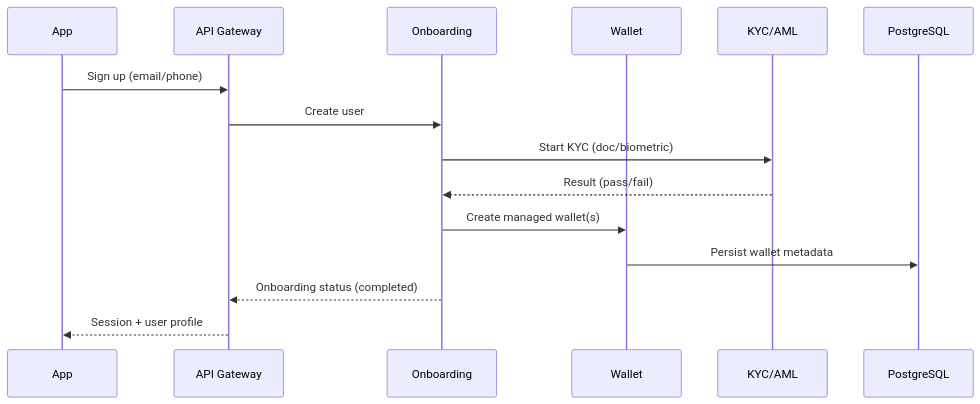
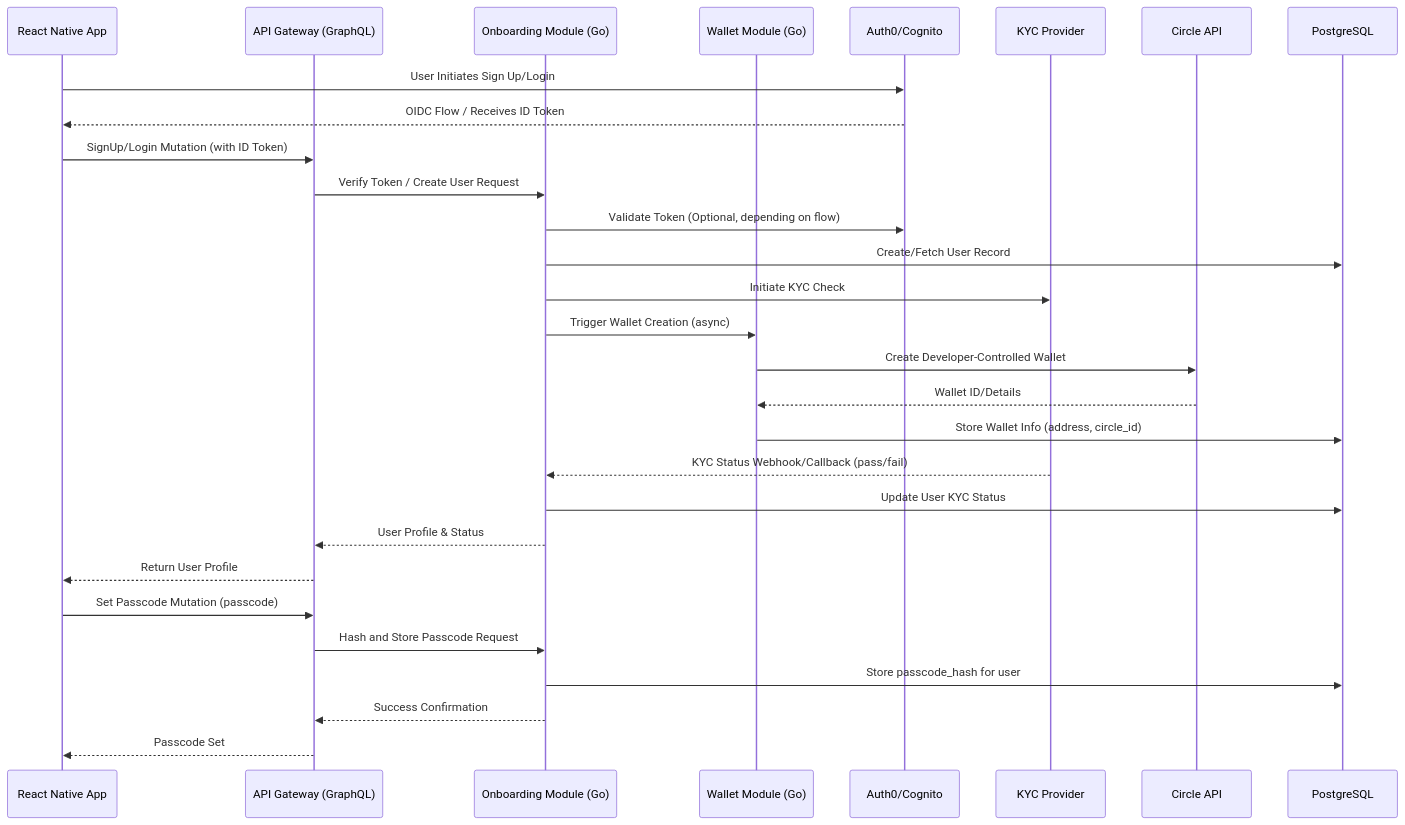
Before and after one commit to Sketchyjo/STACK-BACKEND-SERVICE: the third of 6 diagrams in docs/architecture.md, drawn with Mermaid. The commit also changed other lines of this file and 706 other files, not shown here.

````diff
--- a/docs/architecture.md
+++ b/docs/architecture.md
@@ -59,18 +364,34 @@
 ```mermaid
 sequenceDiagram
-  participant App
-  participant API as API Gateway
-  participant ONB as Onboarding
-  participant WAL as Wallet
-  participant KYC as KYC/AML
-  participant PG as PostgreSQL
+    participant App as React Native App
+    participant GW as API Gateway (GraphQL)
+    participant ONB as Onboarding Module (Go)
+    participant WAL as Wallet Module (Go)
+    participant IDP as Auth0/Cognito
+    participant KYC as KYC Provider
+    participant CIR as Circle API
+    participant PG as PostgreSQL
 
-  App->>API: Sign up (email/phone)
-  API->>ONB: Create user
-  ONB->>KYC: Start KYC (doc/biometric)
-  KYC-->>ONB: Result (pass/fail)
-  ONB->>WAL: Create managed wallet(s)
-  WAL->>PG: Persist wallet metadata
-  ONB-->>API: Onboarding status (completed)
-  API-->>App: Session + user profile
+    App->>IDP: User Initiates Sign Up/Login
+    IDP-->>App: OIDC Flow / Receives ID Token
+    App->>GW: SignUp/Login Mutation (with ID Token)
+    GW->>ONB: Verify Token / Create User Request
+    ONB->>IDP: Validate Token (Optional, depending on flow)
+    ONB->>PG: Create/Fetch User Record
+    ONB->>KYC: Initiate KYC Check
+    ONB->>WAL: Trigger Wallet Creation (async)
+    WAL->>CIR: Create Developer-Controlled Wallet
+    CIR-->>WAL: Wallet ID/Details
+    WAL->>PG: Store Wallet Info (address, circle_id)
+    KYC-->>ONB: KYC Status Webhook/Callback (pass/fail)
+    ONB->>PG: Update User KYC Status
+    ONB-->>GW: User Profile & Status
+    GW-->>App: Return User Profile
+
+    %% Passcode Setup (Separate Flow/Mutation) %%
+    App->>GW: Set Passcode Mutation (passcode)
+    GW->>ONB: Hash and Store Passcode Request
+    ONB->>PG: Store passcode_hash for user
+    ONB-->>GW: Success Confirmation
+    GW-->>App: Passcode Set
 ```
````
